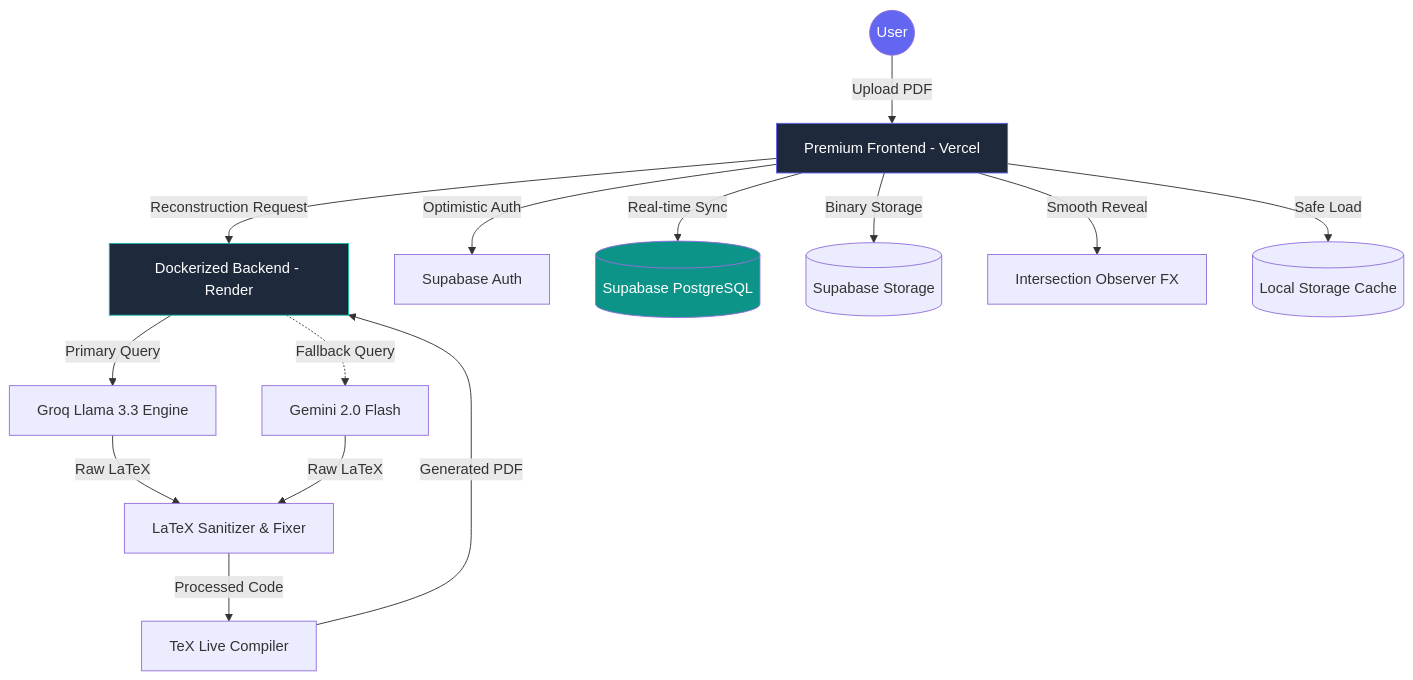
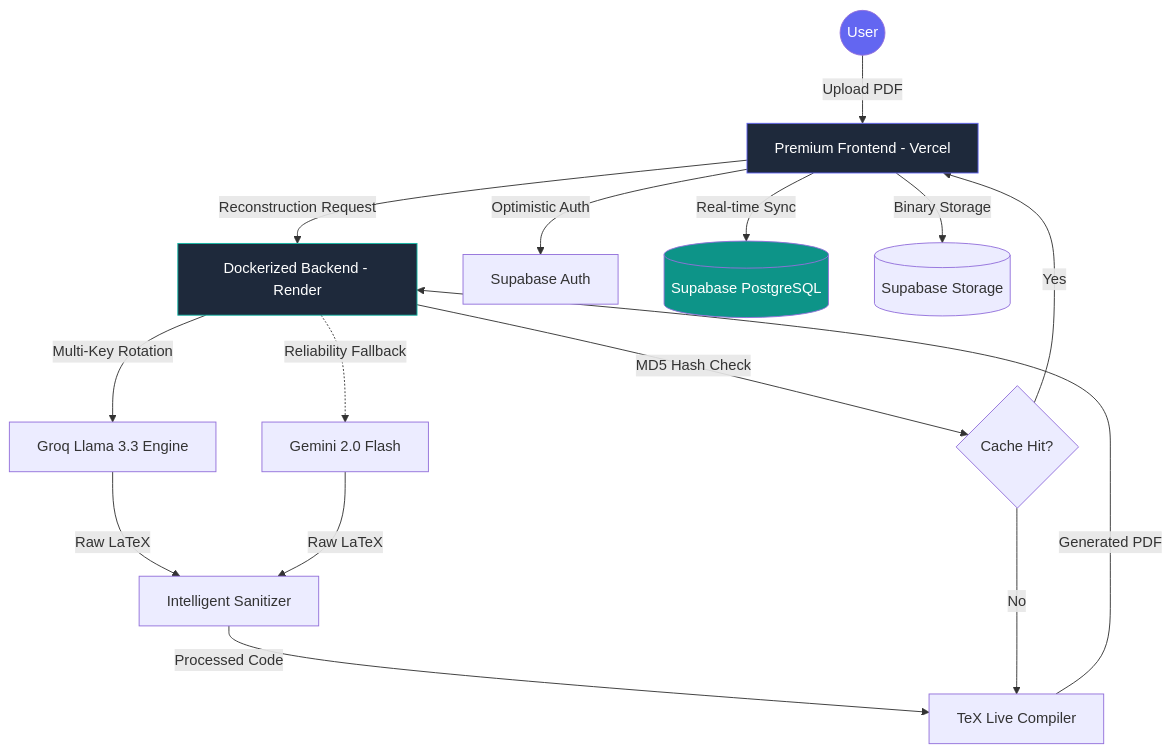
The diagram in README.md (Pramod-Munnoli/AI_Latex_Resume_Builder), drawn with Mermaid before and after one commit. The commit also changed other lines of this file and 5 other files, not shown here.

````diff
--- a/README.md
+++ b/README.md
@@ -26,30 +26,31 @@
 ```mermaid
 flowchart TD
     %% Frontend Entry
     User((User)) -->|Upload PDF| FE[Premium Frontend - Vercel]
     
     %% AI Processing Layer
     FE -->|Reconstruction Request| BE[Dockerized Backend - Render]
-    BE -->|Primary Query| Groq[Groq Llama 3.3 Engine]
-    BE -.->|Fallback Query| Gemini[Gemini 2.0 Flash]
+    BE -->|Multi-Key Rotation| Groq[Groq Llama 3.3 Engine]
+    BE -.->|Reliability Fallback| Gemini[Gemini 2.0 Flash]
     
     %% Compilation Layer
-    Groq -->|Raw LaTeX| San[LaTeX Sanitizer & Fixer]
+    Groq -->|Raw LaTeX| San[Intelligent Sanitizer]
     Gemini -->|Raw LaTeX| San
     San -->|Processed Code| TEX[TeX Live Compiler]
     TEX -->|Generated PDF| BE
+    
+    %% Cache & Storage
+    BE -->|MD5 Hash Check| Cache{Cache Hit?}
+    Cache -->|Yes| FE
+    Cache -->|No| TEX
     
     %% Cloud Ecosystem
     FE -->|Optimistic Auth| SB_A[Supabase Auth]
     FE -->|Real-time Sync| SB_D[(Supabase PostgreSQL)]
     FE -->|Binary Storage| SB_S[(Supabase Storage)]
     
-    %% UI/UX Layer
-    FE -->|Smooth Reveal| IO[Intersection Observer FX]
-    FE -->|Safe Load| LS[(Local Storage Cache)]
-    
     style User fill:#6366f1,color:#fff
     style FE fill:#1e293b,stroke:#6366f1,color:#fff
     style BE fill:#1e293b,stroke:#14b8a6,color:#fff
     style SB_D fill:#0d9488,color:#fff
 ```
````
